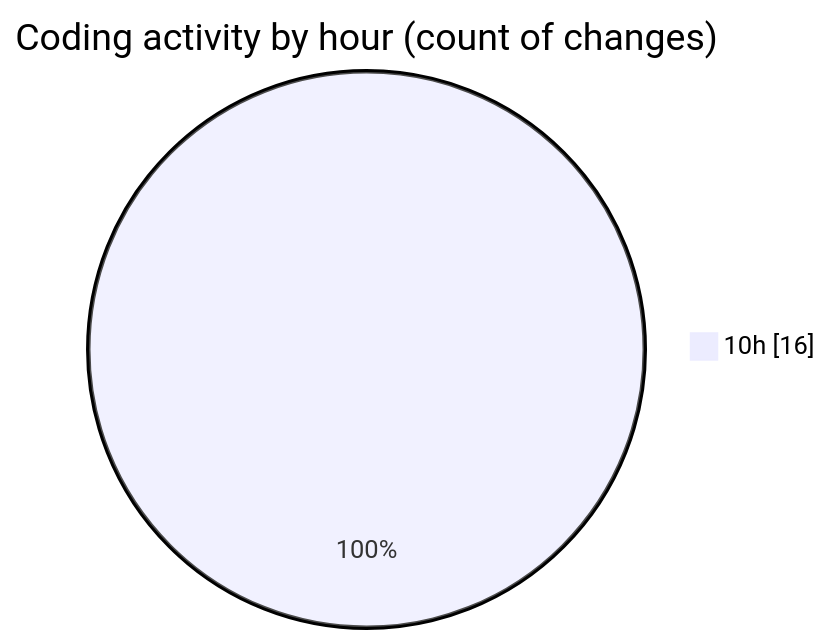
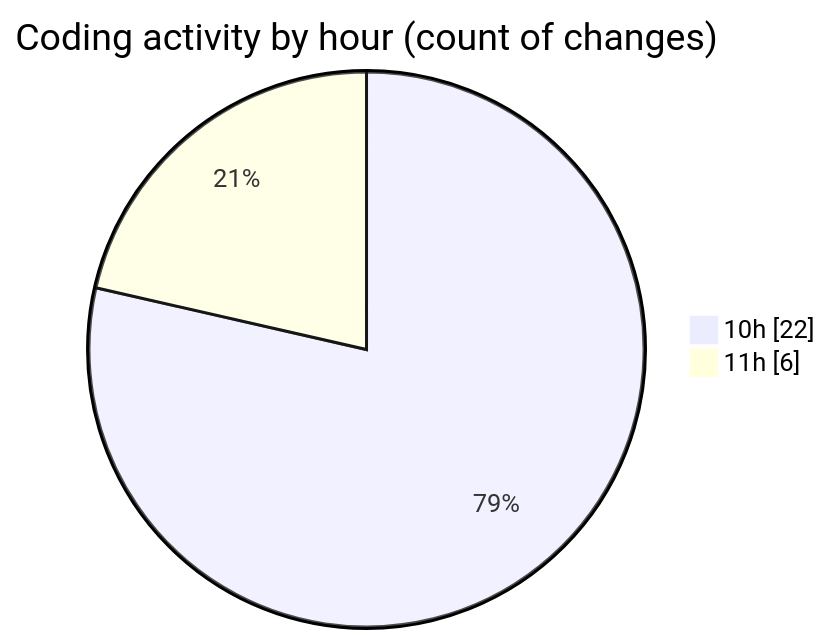
Before and after one commit to momahboobian/code-tracking: the second of 2 diagrams in 2025-04-29/cda/README.md, drawn with Mermaid. The commit also changed other lines of this file and 1 other file, not shown here.

````diff
--- a/2025-04-29/cda/README.md
+++ b/2025-04-29/cda/README.md
@@ -33,5 +35,6 @@
 ```mermaid
 pie showData
 title Coding activity by hour (count of changes)
-"10h" : 16
+"10h" : 22
+"11h" : 6
 ```
````
